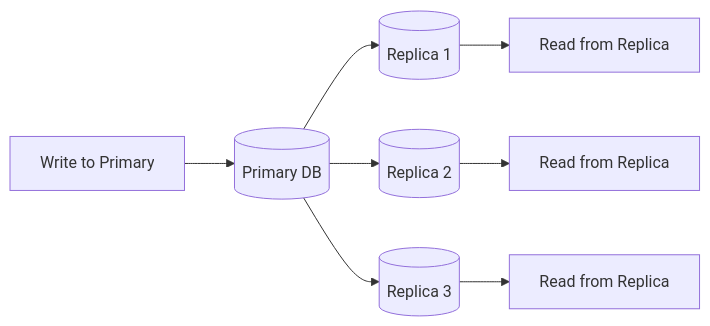
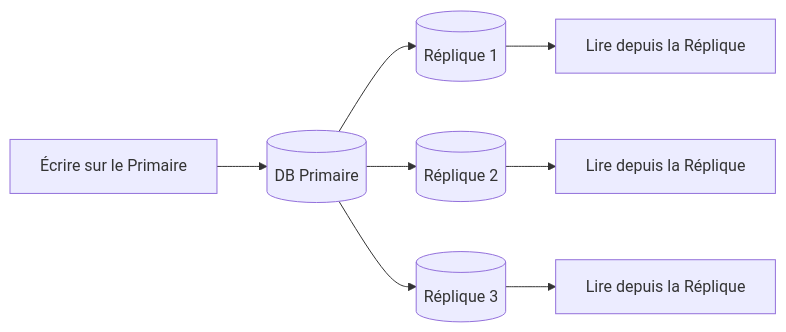
The eighth of 9 diagrams in src/fundamentals/01-what-is-ds.md (dardourimohamed/distributed-systems-course), drawn with Mermaid before and after one commit. The commit also changed other lines of this file and 38 other files, not shown here.

````diff
--- a/src/fundamentals/01-what-is-ds.md
+++ b/src/fundamentals/01-what-is-ds.md
@@ -193,10 +193,10 @@
 ```mermaid
 graph LR
-    W[Write to Primary] --> P[(Primary DB)]
-    P --> R1[(Replica 1)]
-    P --> R2[(Replica 2)]
-    P --> R3[(Replica 3)]
-    R1 --> Read1[Read from Replica]
-    R2 --> Read2[Read from Replica]
-    R3 --> Read3[Read from Replica]
+    W[Écrire sur le Primaire] --> P[(DB Primaire)]
+    P --> R1[(Réplique 1)]
+    P --> R2[(Réplique 2)]
+    P --> R3[(Réplique 3)]
+    R1 --> Read1[Lire depuis la Réplique]
+    R2 --> Read2[Lire depuis la Réplique]
+    R3 --> Read3[Lire depuis la Réplique]
 ```
````
